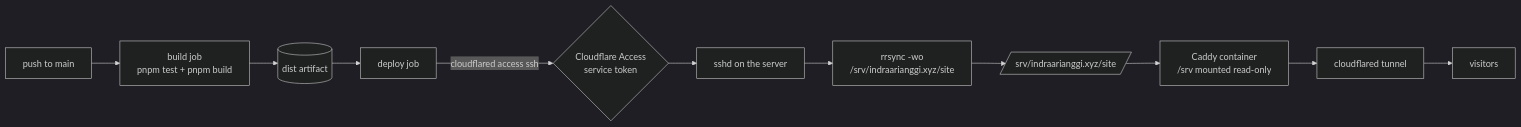
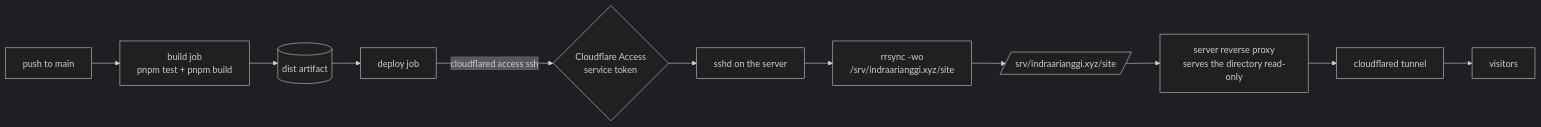
One commit to indraarianggi/indraarianggi.xyz changed the diagram in deploy/README.md. Above: the diagram before and after it, drawn with Mermaid (dark theme). The commit also changed other lines of this file and 6 other files, not shown here.

````diff
--- a/deploy/README.md
+++ b/deploy/README.md
@@ -5,13 +5,13 @@
 ```mermaid
 flowchart LR
   push[push to main] --> build["build job<br/>pnpm test + pnpm build"]
   build --> artifact[(dist artifact)]
   artifact --> deploy[deploy job]
   deploy -->|"cloudflared access ssh"| access{Cloudflare Access<br/>service token}
   access --> sshd[sshd on the server]
   sshd --> rrsync["rrsync -wo<br/>/srv/indraarianggi.xyz/site"]
   rrsync --> files[/srv/indraarianggi.xyz/site/]
-  files --> caddy["Caddy container<br/>/srv mounted read-only"]
-  caddy --> tunnel[cloudflared tunnel]
+  files --> proxy["server reverse proxy<br/>serves the directory read-only"]
+  proxy --> tunnel[cloudflared tunnel]
   tunnel --> visitors[visitors]
 ```
````
